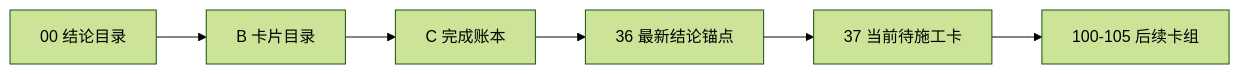
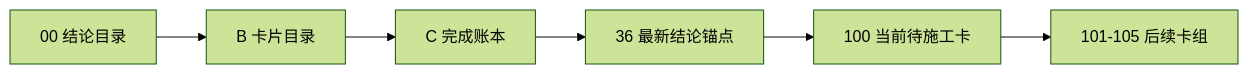
Before and after one commit to everything-is-simple/lifespan-0.01: the diagram in docs/03-execution/A-execution-reading-order-20260409.md, drawn with Mermaid (forest theme). The commit also changed other lines of this file and 10 other files, not shown here.

````diff
--- a/docs/03-execution/A-execution-reading-order-20260409.md
+++ b/docs/03-execution/A-execution-reading-order-20260409.md
@@ -25,8 +24,8 @@
 ```mermaid
 flowchart LR
     CONC["00 结论目录"] --> BCAT["B 卡片目录"]
     BCAT --> CLED["C 完成账本"]
     CLED --> ANC["36 最新结论锚点"]
-    ANC --> NEXT["37 当前待施工卡"]
-    NEXT --> POST["100-105 后续卡组"]
+    ANC --> NEXT["100 当前待施工卡"]
+    NEXT --> POST["101-105 后续卡组"]
 ```
````
